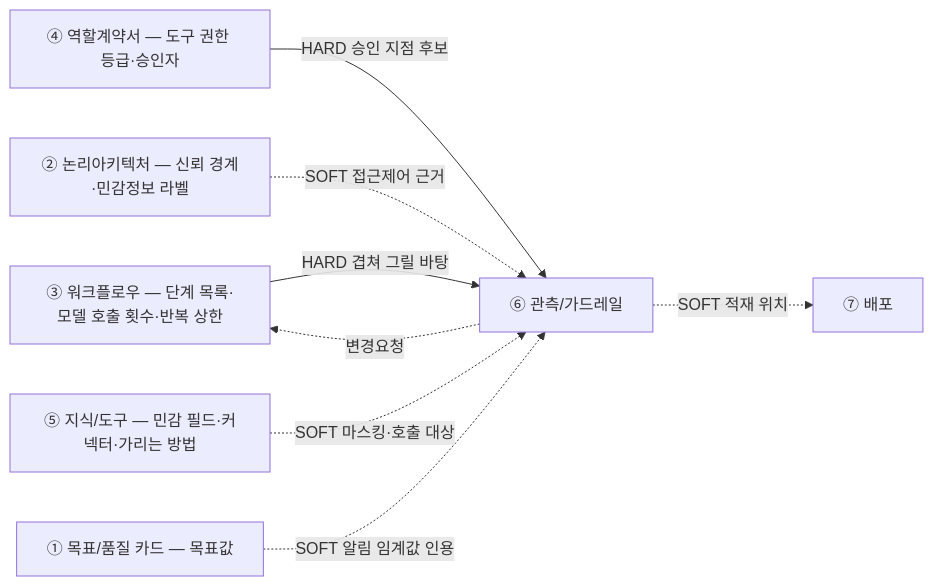
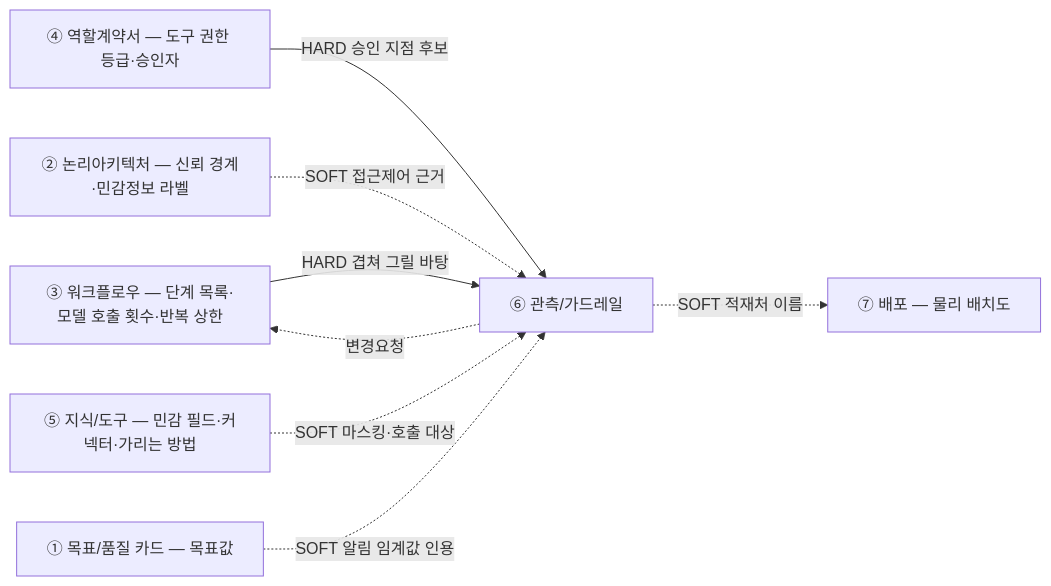
Before and after one commit to unicorn-campus/unicorn-skills: the diagram in design-architecture/guides/06-관측가드레일설계-가이드.md, drawn with Mermaid. The commit also changed other lines of this file and 16 other files, not shown here.

````diff
--- a/design-architecture/guides/06-관측가드레일설계-가이드.md
+++ b/design-architecture/guides/06-관측가드레일설계-가이드.md
@@ -46,10 +47,10 @@
 ```mermaid
 flowchart LR
   D["③ 워크플로우 — 단계 목록·모델 호출 횟수·반복 상한"] -->|"HARD 겹쳐 그릴 바탕"| F["⑥ 관측/가드레일"]
   C["④ 역할계약서 — 도구 권한 등급·승인자"] -->|"HARD 승인 지점 후보"| F
   B["② 논리아키텍처 — 신뢰 경계·민감정보 라벨"] -.->|"SOFT 접근제어 근거"| F
   E["⑤ 지식/도구 — 민감 필드·커넥터·가리는 방법"] -.->|"SOFT 마스킹·호출 대상"| F
   A["① 목표/품질 카드 — 목표값"] -.->|"SOFT 알림 임계값 인용"| F
-  F -.->|"SOFT 적재 위치"| G["⑦ 배포"]
+  F -.->|"SOFT 적재처 이름"| G["⑦ 배포 — 물리 배치도"]
   F -.변경요청.-> D
 ```
````
